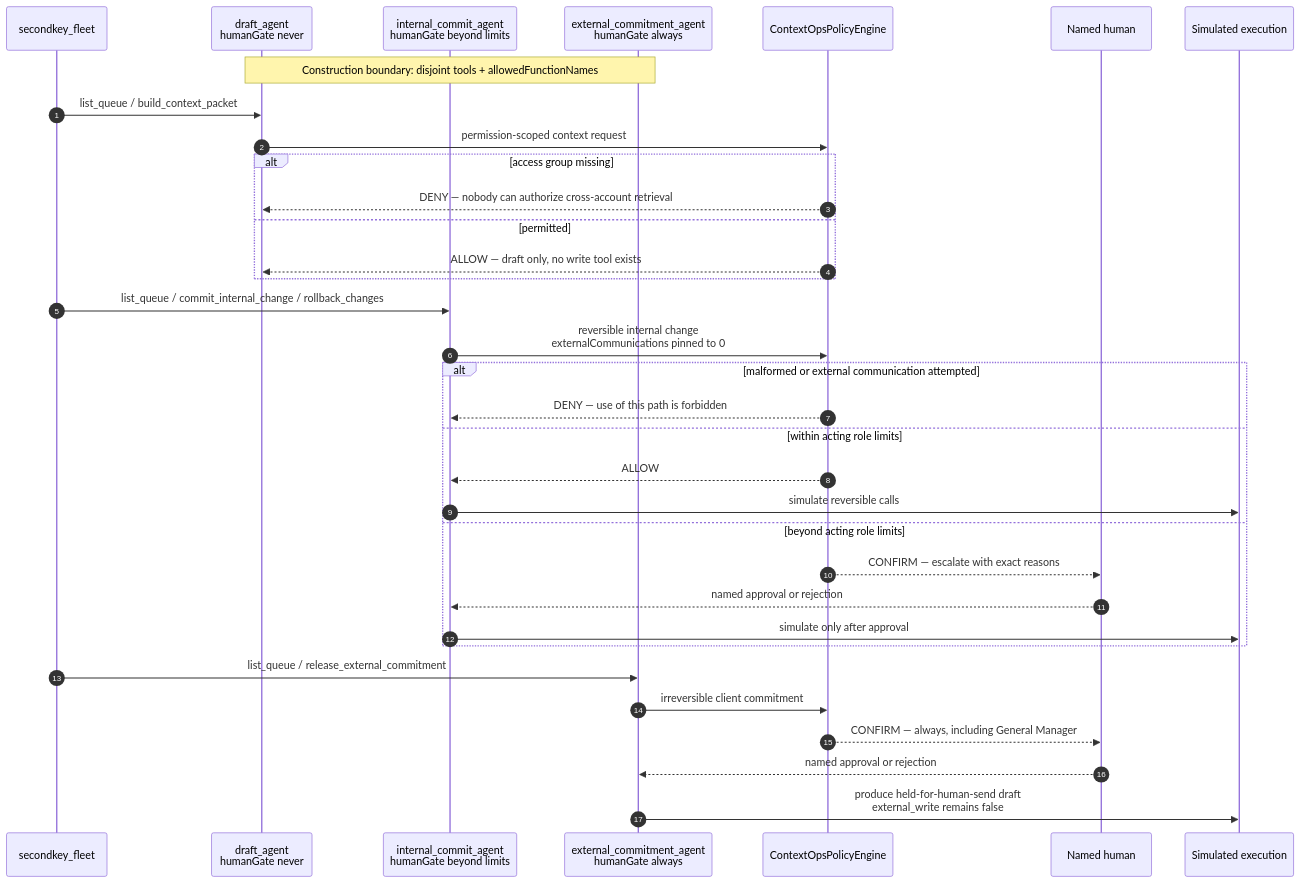
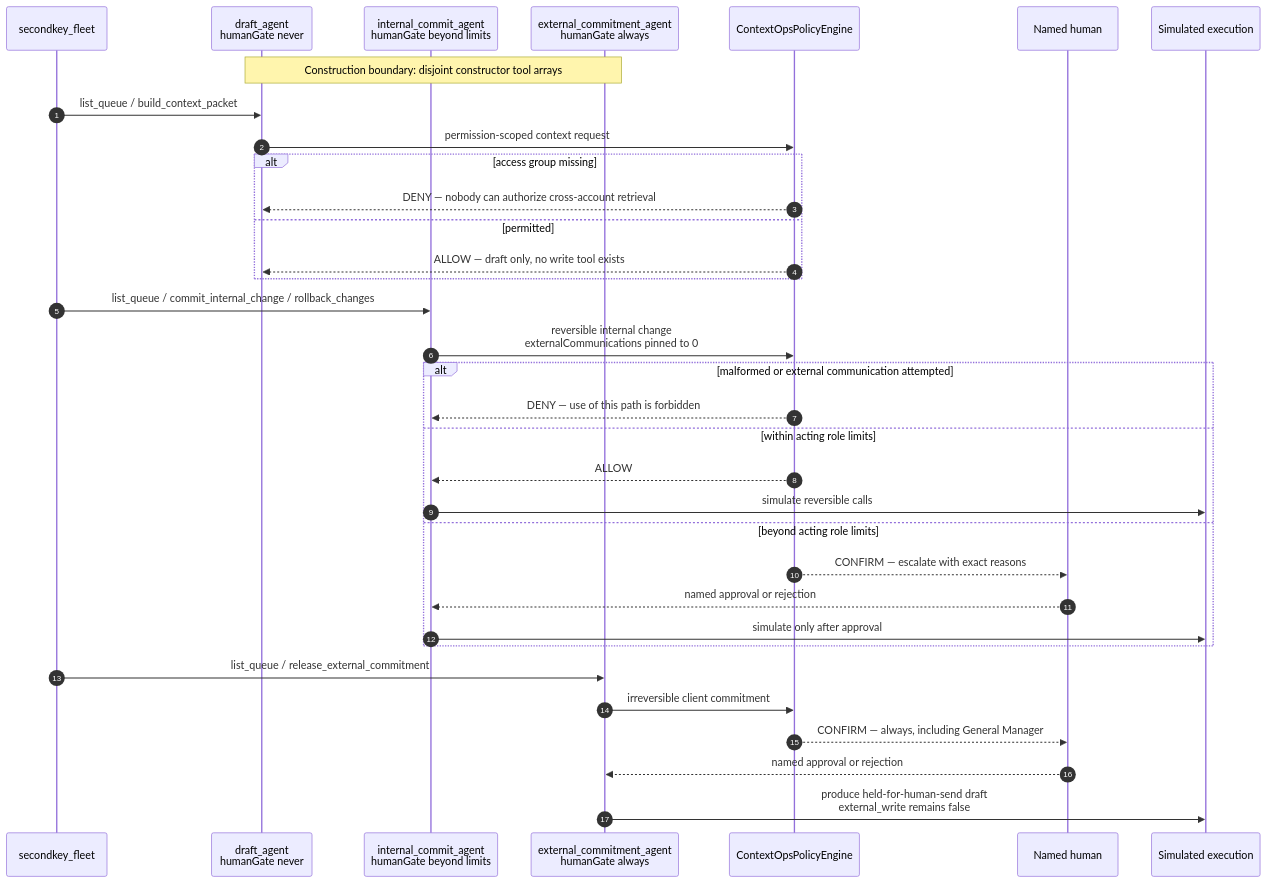
Before and after one commit to vcdwio/secondkey: the second of 2 diagrams in ARCHITECTURE_DIAGRAM.md, drawn with Mermaid. The commit also changed other lines of this file and 7 other files, not shown here.

````diff
--- a/ARCHITECTURE_DIAGRAM.md
+++ b/ARCHITECTURE_DIAGRAM.md
@@ -88,39 +87,39 @@
 ```mermaid
 sequenceDiagram
     autonumber
     participant C as secondkey_fleet
     participant D as draft_agent<br/>humanGate never
     participant I as internal_commit_agent<br/>humanGate beyond limits
     participant E as external_commitment_agent<br/>humanGate always
     participant P as ContextOpsPolicyEngine
     participant H as Named human
     participant X as Simulated execution
 
-    Note over D,E: Construction boundary: disjoint tools + allowedFunctionNames
+    Note over D,E: Construction boundary: disjoint constructor tool arrays
     C->>D: list_queue / build_context_packet
     D->>P: permission-scoped context request
     alt access group missing
         P-->>D: DENY — nobody can authorize cross-account retrieval
     else permitted
         P-->>D: ALLOW — draft only, no write tool exists
     end
 
     C->>I: list_queue / commit_internal_change / rollback_changes
     I->>P: reversible internal change<br/>externalCommunications pinned to 0
     alt malformed or external communication attempted
         P-->>I: DENY — use of this path is forbidden
     else within acting role limits
         P-->>I: ALLOW
         I->>X: simulate reversible calls
     else beyond acting role limits
         P-->>H: CONFIRM — escalate with exact reasons
         H-->>I: named approval or rejection
         I->>X: simulate only after approval
     end
 
     C->>E: list_queue / release_external_commitment
     E->>P: irreversible client commitment
     P-->>H: CONFIRM — always, including General Manager
     H-->>E: named approval or rejection
     E->>X: produce held-for-human-send draft<br/>external_write remains false
 ```
````
